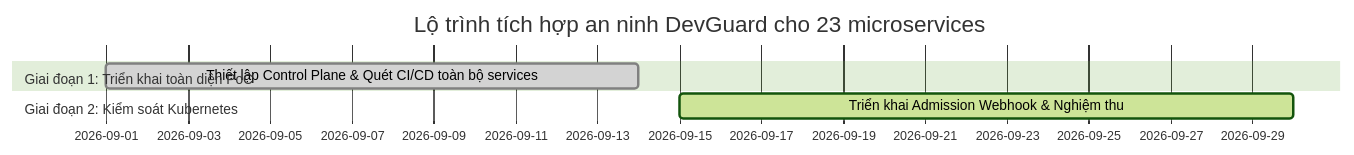
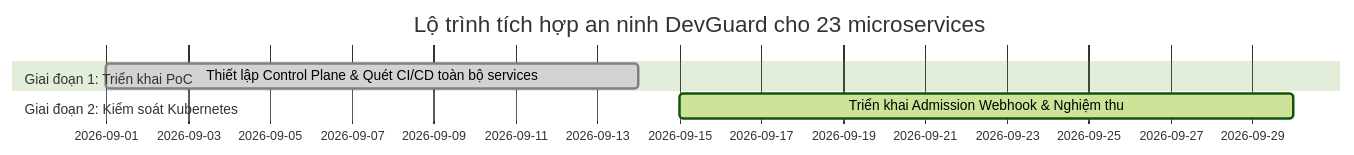
One commit to sinhnguyen1411/design-and-implementation-of-automated-supply-chain-security-for-go-microservices-on-kubernetes changed the third of 3 diagrams in docs/CyberDev_Experimental_Feasibility_Report.md. Above: the diagram before and after it, drawn with Mermaid (forest theme). The commit also changed other lines of this file and 10 other files, not shown here.

````diff
--- a/docs/CyberDev_Experimental_Feasibility_Report.md
+++ b/docs/CyberDev_Experimental_Feasibility_Report.md
@@ -1749,9 +1837,9 @@
 ```mermaid
 gantt
     title Lộ trình tích hợp an ninh DevGuard cho 23 microservices
     dateFormat  YYYY-MM-DD
-    section Giai đoạn 1: Triển khai toàn diện PoC
+    section Giai đoạn 1: Triển khai PoC
     Thiết lập Control Plane & Quét CI/CD toàn bộ services :done, p1, 2026-09-01, 2026-09-14
     section Giai đoạn 2: Kiểm soát Kubernetes
     Triển khai Admission Webhook & Nghiệm thu        :active, p2, 2026-09-15, 2026-09-30
 ```
````
